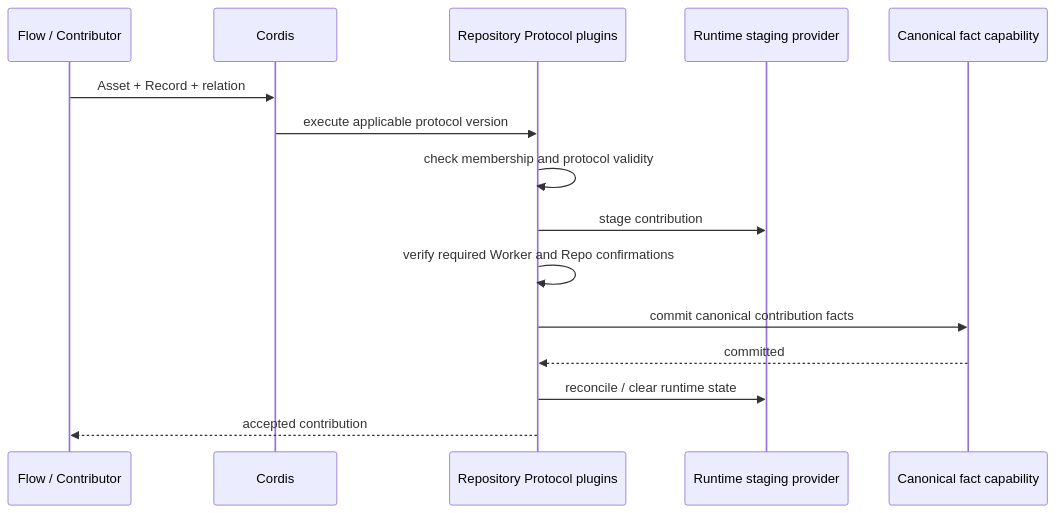
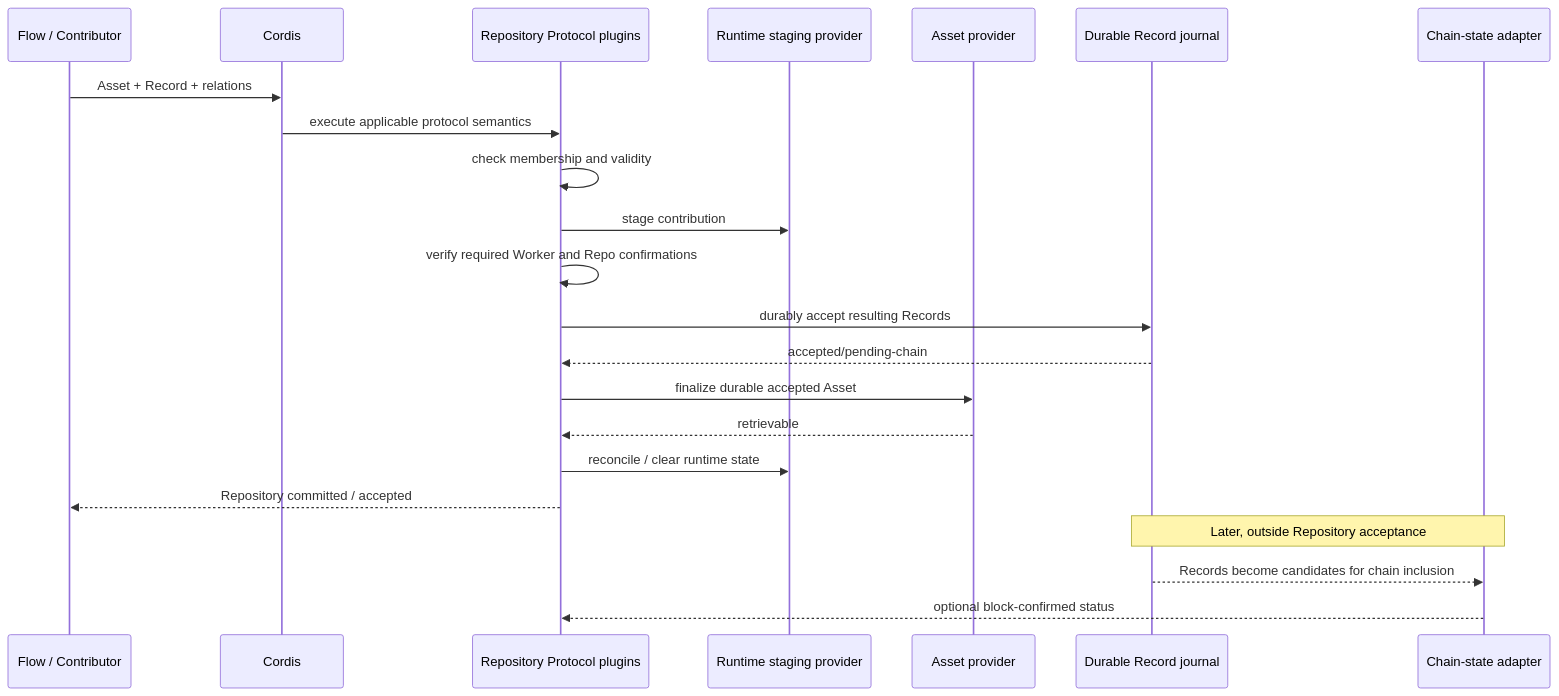
The fourth of 5 diagrams in docs/architecture.md (labourchain/repository), drawn with Mermaid before and after one commit. The commit also changed other lines of this file, not shown here.

Commit message:
docs: separate durable Record ingress from block confirmation

````diff
--- a/docs/architecture.md
+++ b/docs/architecture.md
@@ -210,18 +237,26 @@
 ```mermaid
 sequenceDiagram
     participant Consumer as Flow / Contributor
     participant Cordis as Cordis
     participant Protocol as Repository Protocol plugins
     participant Stage as Runtime staging provider
-    participant Chain as Canonical fact capability
+    participant Assets as Asset provider
+    participant Journal as Durable Record journal
+    participant Chain as Chain-state adapter
 
-    Consumer->>Cordis: Asset + Record + relation
-    Cordis->>Protocol: execute applicable protocol version
-    Protocol->>Protocol: check membership and protocol validity
+    Consumer->>Cordis: Asset + Record + relations
+    Cordis->>Protocol: execute applicable protocol semantics
+    Protocol->>Protocol: check membership and validity
     Protocol->>Stage: stage contribution
     Protocol->>Protocol: verify required Worker and Repo confirmations
-    Protocol->>Chain: commit canonical contribution facts
-    Chain-->>Protocol: committed
+    Protocol->>Journal: durably accept resulting Records
+    Journal-->>Protocol: accepted/pending-chain
+    Protocol->>Assets: finalize durable accepted Asset
+    Assets-->>Protocol: retrievable
     Protocol->>Stage: reconcile / clear runtime state
-    Protocol-->>Consumer: accepted contribution
+    Protocol-->>Consumer: Repository committed / accepted
+
+    Note over Journal,Chain: Later, outside Repository acceptance
+    Journal-->>Chain: Records become candidates for chain inclusion
+    Chain-->>Protocol: optional block-confirmed status
 ```
````
